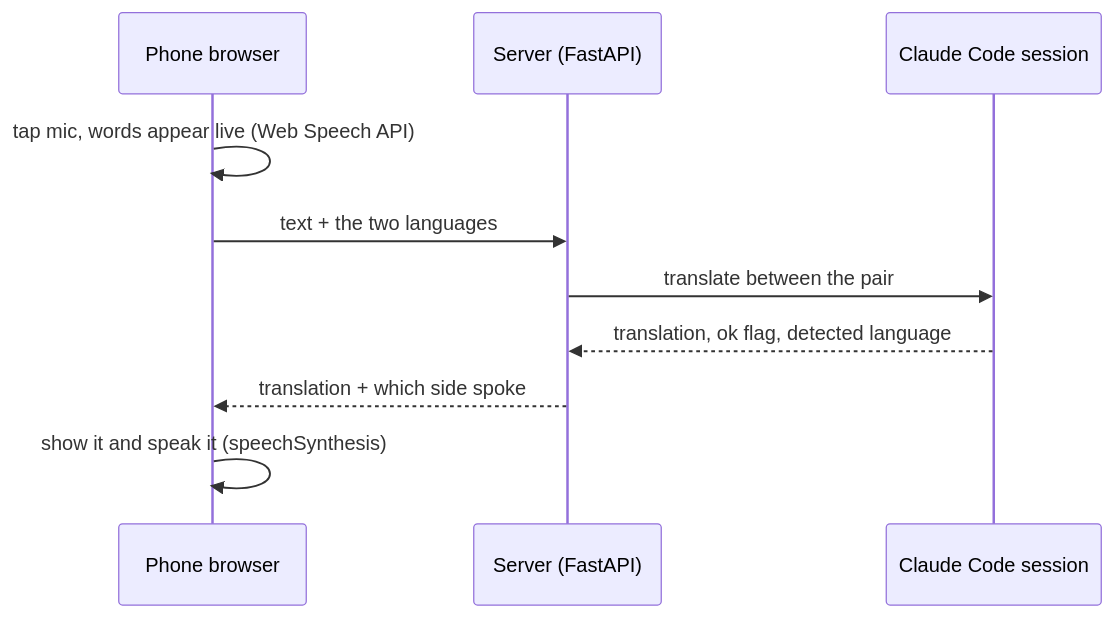
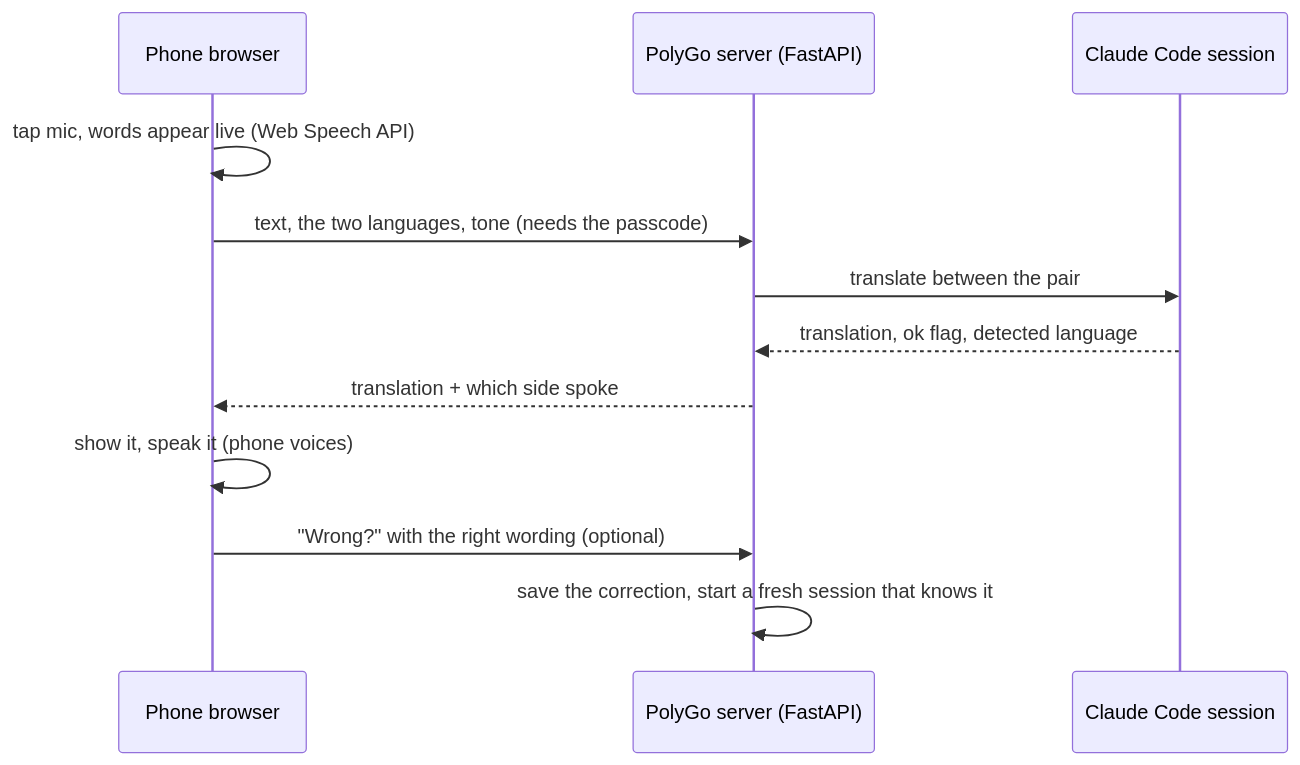
One commit to bathonSpidey/PolyGo changed the first of 3 diagrams in README.md. Above: the diagram before and after it, drawn with Mermaid. The commit also changed other lines of this file, not shown here.

First line of the commit message:
README: current state, diagrams, security table and roadmap

````diff
--- a/README.md
+++ b/README.md
@@ -10,12 +9,14 @@
 ```mermaid
 sequenceDiagram
     participant P as Phone browser
-    participant S as Server (FastAPI)
+    participant S as PolyGo server (FastAPI)
     participant C as Claude Code session
     P->>P: tap mic, words appear live (Web Speech API)
-    P->>S: text + the two languages
+    P->>S: text, the two languages, tone (needs the passcode)
     S->>C: translate between the pair
     C-->>S: translation, ok flag, detected language
     S-->>P: translation + which side spoke
-    P->>P: show it and speak it (speechSynthesis)
+    P->>P: show it, speak it (phone voices)
+    P->>S: "Wrong?" with the right wording (optional)
+    S->>S: save the correction, start a fresh session that knows it
 ```
````
